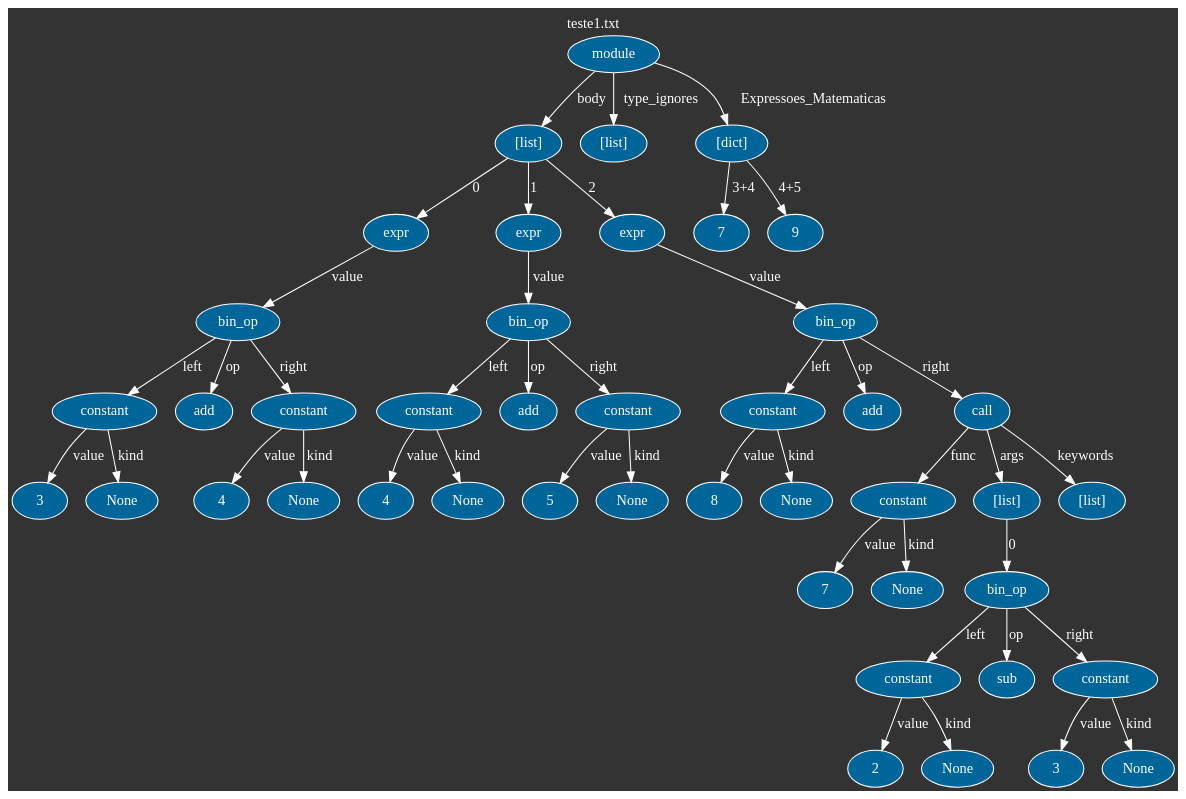
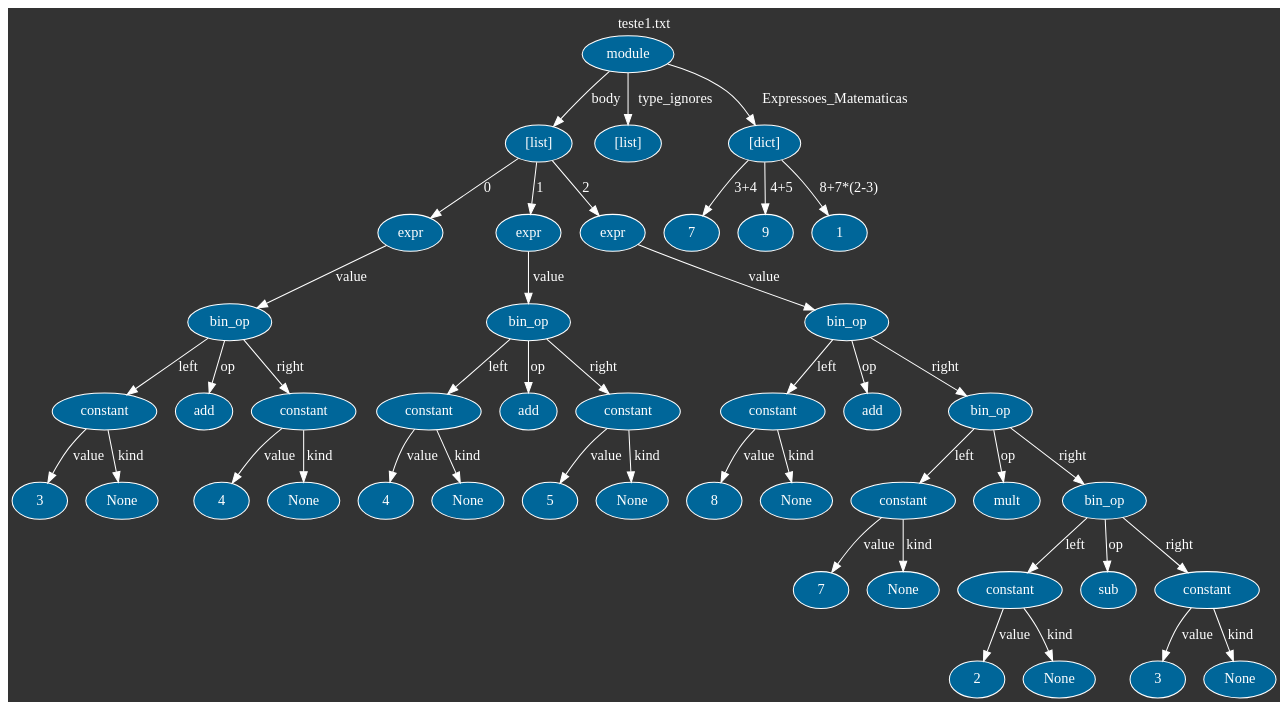
Before and after one commit to Mandella-thi/A3_teroria_comp: the diagram in Digraph.gv, drawn with Graphviz. The commit also changed 3 other files, not shown here.

```diff
--- a/Digraph.gv
+++ b/Digraph.gv
@@ -1,92 +1,92 @@
 digraph {
 	graph [bgcolor="#333333" fontcolor=white label="teste1.txt" labelloc=t margin=0]
 	node [color=white fillcolor="#006699" fontcolor=white style=filled]
 	edge [color=white fontcolor=white]
-	1893980729024 [label=module]
-	1893980720640 [label="[list]"]
-	1893980729088 [label=expr]
-	1893980729152 [label=bin_op]
-	1893980729920 [label=constant]
-	"6b80823b-0f95-4252-b644-7e3ab3dfd3bb" [label=3]
-	1893980729920 -> "6b80823b-0f95-4252-b644-7e3ab3dfd3bb" [label=value]
-	"ea71c66e-5a89-4e10-89f2-c6d29a18f6f3" [label=None]
-	1893980729920 -> "ea71c66e-5a89-4e10-89f2-c6d29a18f6f3" [label=kind]
-	1893980729152 -> 1893980729920 [label=left]
-	1893980729792 [label=add]
-	1893980729152 -> 1893980729792 [label=op]
-	1893980729408 [label=constant]
-	"b747bcf2-973d-4f83-a4cd-5e59b572adb2" [label=4]
-	1893980729408 -> "b747bcf2-973d-4f83-a4cd-5e59b572adb2" [label=value]
-	"d4d52170-3b38-4e55-b4ca-d5decd77ab26" [label=None]
-	1893980729408 -> "d4d52170-3b38-4e55-b4ca-d5decd77ab26" [label=kind]
-	1893980729152 -> 1893980729408 [label=right]
-	1893980729088 -> 1893980729152 [label=value]
-	1893980720640 -> 1893980729088 [label=0]
-	1893980729536 [label=expr]
-	1893980729600 [label=bin_op]
-	1893980729664 [label=constant]
-	"810d22ab-b8c6-4230-b4e9-30c3b29e8f97" [label=4]
-	1893980729664 -> "810d22ab-b8c6-4230-b4e9-30c3b29e8f97" [label=value]
-	"67e8901e-19f4-40f4-8c1b-9fb9ba34fda8" [label=None]
-	1893980729664 -> "67e8901e-19f4-40f4-8c1b-9fb9ba34fda8" [label=kind]
-	1893980729600 -> 1893980729664 [label=left]
-	1893980730048 [label=add]
-	1893980729600 -> 1893980730048 [label=op]
-	1893980730112 [label=constant]
-	"7b0faf87-7ebf-4dc3-a8f9-c14ba9f1f5ce" [label=5]
-	1893980730112 -> "7b0faf87-7ebf-4dc3-a8f9-c14ba9f1f5ce" [label=value]
-	"569c1fa8-906d-47fa-803f-35f2275a9d9a" [label=None]
-	1893980730112 -> "569c1fa8-906d-47fa-803f-35f2275a9d9a" [label=kind]
-	1893980729600 -> 1893980730112 [label=right]
-	1893980729536 -> 1893980729600 [label=value]
-	1893980720640 -> 1893980729536 [label=1]
-	1893980730240 [label=expr]
-	1893980730304 [label=bin_op]
-	1893980730368 [label=constant]
-	"8a2f27ec-bb16-45bf-a04d-c6d35147ea7d" [label=8]
-	1893980730368 -> "8a2f27ec-bb16-45bf-a04d-c6d35147ea7d" [label=value]
-	"6eff855a-07cf-462b-b15c-e60380c6375f" [label=None]
-	1893980730368 -> "6eff855a-07cf-462b-b15c-e60380c6375f" [label=kind]
-	1893980730304 -> 1893980730368 [label=left]
-	1893980730496 [label=add]
-	1893980730304 -> 1893980730496 [label=op]
-	1893980730560 [label=call]
-	1893980730624 [label=constant]
-	"da332f17-29e1-4247-8a17-c87d319be39e" [label=7]
-	1893980730624 -> "da332f17-29e1-4247-8a17-c87d319be39e" [label=value]
-	"e5c1a264-544c-4047-8ba6-b23d4a7f5d1f" [label=None]
-	1893980730624 -> "e5c1a264-544c-4047-8ba6-b23d4a7f5d1f" [label=kind]
-	1893980730560 -> 1893980730624 [label=func]
-	1893980718144 [label="[list]"]
-	1893980730752 [label=bin_op]
-	1893980730816 [label=constant]
-	"a5e10516-da5f-4b0c-ae3a-b2b67ddc5ea7" [label=2]
-	1893980730816 -> "a5e10516-da5f-4b0c-ae3a-b2b67ddc5ea7" [label=value]
-	"ec2c0489-9cd5-4254-b068-fc5c6e604e70" [label=None]
-	1893980730816 -> "ec2c0489-9cd5-4254-b068-fc5c6e604e70" [label=kind]
-	1893980730752 -> 1893980730816 [label=left]
-	1893980730944 [label=sub]
-	1893980730752 -> 1893980730944 [label=op]
-	1893980731008 [label=constant]
-	"5b9d22c4-3c26-402e-a061-398df3201a76" [label=3]
-	1893980731008 -> "5b9d22c4-3c26-402e-a061-398df3201a76" [label=value]
-	"c64c8ffa-5556-422d-81e5-94817c806dfb" [label=None]
-	1893980731008 -> "c64c8ffa-5556-422d-81e5-94817c806dfb" [label=kind]
-	1893980730752 -> 1893980731008 [label=right]
-	1893980718144 -> 1893980730752 [label=0]
-	1893980730560 -> 1893980718144 [label=args]
-	1893980719104 [label="[list]"]
-	1893980730560 -> 1893980719104 [label=keywords]
-	1893980730304 -> 1893980730560 [label=right]
-	1893980730240 -> 1893980730304 [label=value]
-	1893980720640 -> 1893980730240 [label=2]
-	1893980729024 -> 1893980720640 [label=body]
-	1893980717952 [label="[list]"]
-	1893980729024 -> 1893980717952 [label=type_ignores]
-	1893980799040 [label="[dict]"]
-	"b2d47d2c-ec86-47a0-8f5b-72eca1086269" [label=7]
-	1893980799040 -> "b2d47d2c-ec86-47a0-8f5b-72eca1086269" [label="3+4"]
-	"1a941254-3a3b-42aa-9a4b-da4d022fdb35" [label=9]
-	1893980799040 -> "1a941254-3a3b-42aa-9a4b-da4d022fdb35" [label="4+5"]
-	1893980729024 -> 1893980799040 [label=Expressoes_Matematicas]
+	2588970937920 [label=module]
+	2588970926784 [label="[list]"]
+	2588970937984 [label=expr]
+	2588970938048 [label=bin_op]
+	2588970938816 [label=constant]
+	"6af10588-3c86-4789-80bc-9bddc696c79b" [label=3]
+	2588970938816 -> "6af10588-3c86-4789-80bc-9bddc696c79b" [label=value]
+	"13d643cb-313f-4e00-afcd-d015831e8b16" [label=None]
+	2588970938816 -> "13d643cb-313f-4e00-afcd-d015831e8b16" [label=kind]
+	2588970938048 -> 2588970938816 [label=left]
+	2588970938688 [label=add]
+	2588970938048 -> 2588970938688 [label=op]
+	2588970938304 [label=constant]
+	"91287c62-a676-4074-bbd3-b50442489029" [label=4]
+	2588970938304 -> "91287c62-a676-4074-bbd3-b50442489029" [label=value]
+	"8d8f4527-11a6-4dd2-8aaf-c96dc0117f3b" [label=None]
+	2588970938304 -> "8d8f4527-11a6-4dd2-8aaf-c96dc0117f3b" [label=kind]
+	2588970938048 -> 2588970938304 [label=right]
+	2588970937984 -> 2588970938048 [label=value]
+	2588970926784 -> 2588970937984 [label=0]
+	2588970938432 [label=expr]
+	2588970938496 [label=bin_op]
+	2588970938560 [label=constant]
+	"791478fb-c846-4e83-aebc-8a36ed426c66" [label=4]
+	2588970938560 -> "791478fb-c846-4e83-aebc-8a36ed426c66" [label=value]
+	"a5cde22d-ae92-4b2c-a5f0-bc1704faf63f" [label=None]
+	2588970938560 -> "a5cde22d-ae92-4b2c-a5f0-bc1704faf63f" [label=kind]
+	2588970938496 -> 2588970938560 [label=left]
+	2588970938944 [label=add]
+	2588970938496 -> 2588970938944 [label=op]
+	2588970939008 [label=constant]
+	"b42c6481-c790-49e8-a5e9-bc8e43f6b67e" [label=5]
+	2588970939008 -> "b42c6481-c790-49e8-a5e9-bc8e43f6b67e" [label=value]
+	"5bff4e91-9037-4c32-b306-769dce9540e0" [label=None]
+	2588970939008 -> "5bff4e91-9037-4c32-b306-769dce9540e0" [label=kind]
+	2588970938496 -> 2588970939008 [label=right]
+	2588970938432 -> 2588970938496 [label=value]
+	2588970926784 -> 2588970938432 [label=1]
+	2588970939136 [label=expr]
+	2588970939200 [label=bin_op]
+	2588970939264 [label=constant]
+	"5905edb2-b453-44f8-b7f2-ebe2773eed01" [label=8]
+	2588970939264 -> "5905edb2-b453-44f8-b7f2-ebe2773eed01" [label=value]
+	"40bacb5f-aa42-4b11-8822-d61e3e17fc94" [label=None]
+	2588970939264 -> "40bacb5f-aa42-4b11-8822-d61e3e17fc94" [label=kind]
+	2588970939200 -> 2588970939264 [label=left]
+	2588970939392 [label=add]
+	2588970939200 -> 2588970939392 [label=op]
+	2588970939456 [label=bin_op]
+	2588970939520 [label=constant]
+	"cae98ee7-c69a-4b41-b671-19c8b4c38efa" [label=7]
+	2588970939520 -> "cae98ee7-c69a-4b41-b671-19c8b4c38efa" [label=value]
+	"84d03544-20e7-428c-a1d9-e53116dc7318" [label=None]
+	2588970939520 -> "84d03544-20e7-428c-a1d9-e53116dc7318" [label=kind]
+	2588970939456 -> 2588970939520 [label=left]
+	2588970939648 [label=mult]
+	2588970939456 -> 2588970939648 [label=op]
+	2588970939712 [label=bin_op]
+	2588970939776 [label=constant]
+	"203bf606-ccd4-436e-ae84-ae3f5d53b83c" [label=2]
+	2588970939776 -> "203bf606-ccd4-436e-ae84-ae3f5d53b83c" [label=value]
+	"bcdca7d7-3010-406b-ab56-a364f310cdee" [label=None]
+	2588970939776 -> "bcdca7d7-3010-406b-ab56-a364f310cdee" [label=kind]
+	2588970939712 -> 2588970939776 [label=left]
+	2588970939904 [label=sub]
+	2588970939712 -> 2588970939904 [label=op]
+	2588970939968 [label=constant]
+	"b10d6093-e732-474f-a102-93926455e2f8" [label=3]
+	2588970939968 -> "b10d6093-e732-474f-a102-93926455e2f8" [label=value]
+	"f4b1c690-da94-47c8-a126-1705a0bfb7cb" [label=None]
+	2588970939968 -> "f4b1c690-da94-47c8-a126-1705a0bfb7cb" [label=kind]
+	2588970939712 -> 2588970939968 [label=right]
+	2588970939456 -> 2588970939712 [label=right]
+	2588970939200 -> 2588970939456 [label=right]
+	2588970939136 -> 2588970939200 [label=value]
+	2588970926784 -> 2588970939136 [label=2]
+	2588970937920 -> 2588970926784 [label=body]
+	2588970927488 [label="[list]"]
+	2588970937920 -> 2588970927488 [label=type_ignores]
+	2588970940544 [label="[dict]"]
+	"3a7ffc24-6cec-4160-b95a-c25e88c14d00" [label=7]
+	2588970940544 -> "3a7ffc24-6cec-4160-b95a-c25e88c14d00" [label="3+4"]
+	"b5ba3464-f669-4956-992c-88c71aa7f787" [label=9]
+	2588970940544 -> "b5ba3464-f669-4956-992c-88c71aa7f787" [label="4+5"]
+	"7bf17f5f-c5c0-4c03-a6d7-20fcc1379fdd" [label=1]
+	2588970940544 -> "7bf17f5f-c5c0-4c03-a6d7-20fcc1379fdd" [label="8+7*(2-3)"]
+	2588970937920 -> 2588970940544 [label=Expressoes_Matematicas]
 }
```
